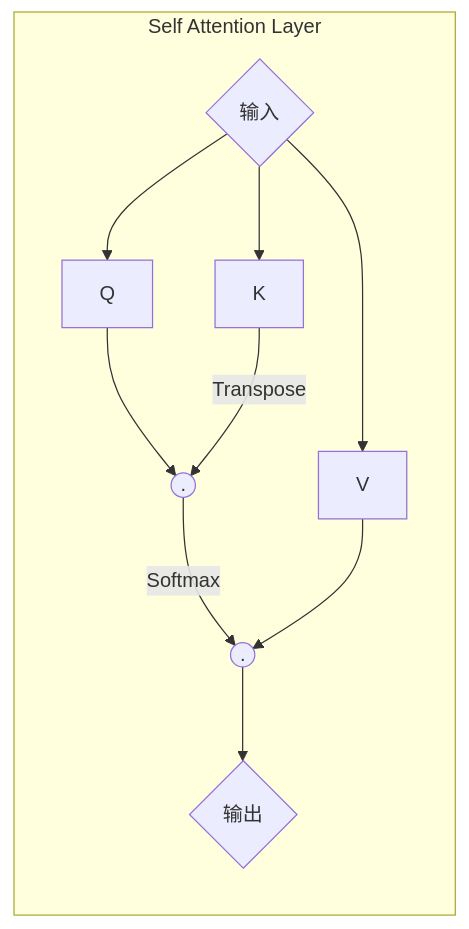
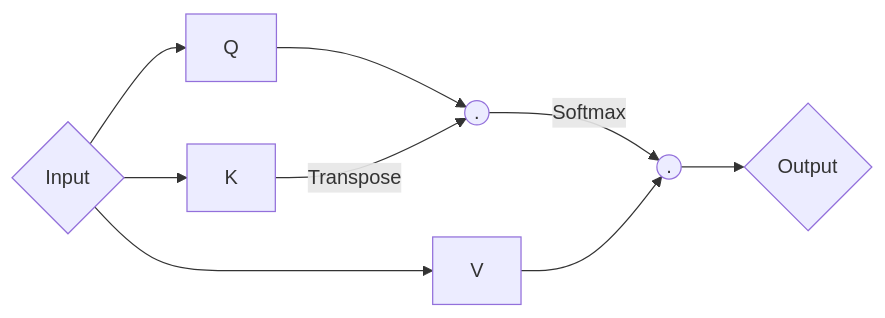
The second of 2 diagrams in docs/torch/attention.md (zhmhbest/HelloML), drawn with Mermaid before and after one commit. The commit also changed other lines of this file and 1 other file, not shown here.

Commit message:
multi-head

````diff
--- a/docs/torch/attention.md
+++ b/docs/torch/attention.md
@@ -145,14 +141,12 @@
 ```mermaid
 graph LR;
-    subgraph SelfAttentionLayer[Self Attention Layer]
-        x{输入};
-        y{输出};
-        dotQK((.));
-        dotQKV((.));
-        x --> Q --> dotQK;
-        x --> K -- Transpose --> dotQK;
-        dotQK -- Softmax --> dotQKV;
-        x --> V --> dotQKV;
-        dotQKV --> y;
-    end
+    x{Input};
+    y{Output};
+    dotQK((.));
+    dotQKV((.));
+    x --> Q --> dotQK;
+    x --> K -- Transpose --> dotQK;
+    dotQK -- Softmax --> dotQKV;
+    x --> V --> dotQKV;
+    dotQKV --> y;
 ```
````
